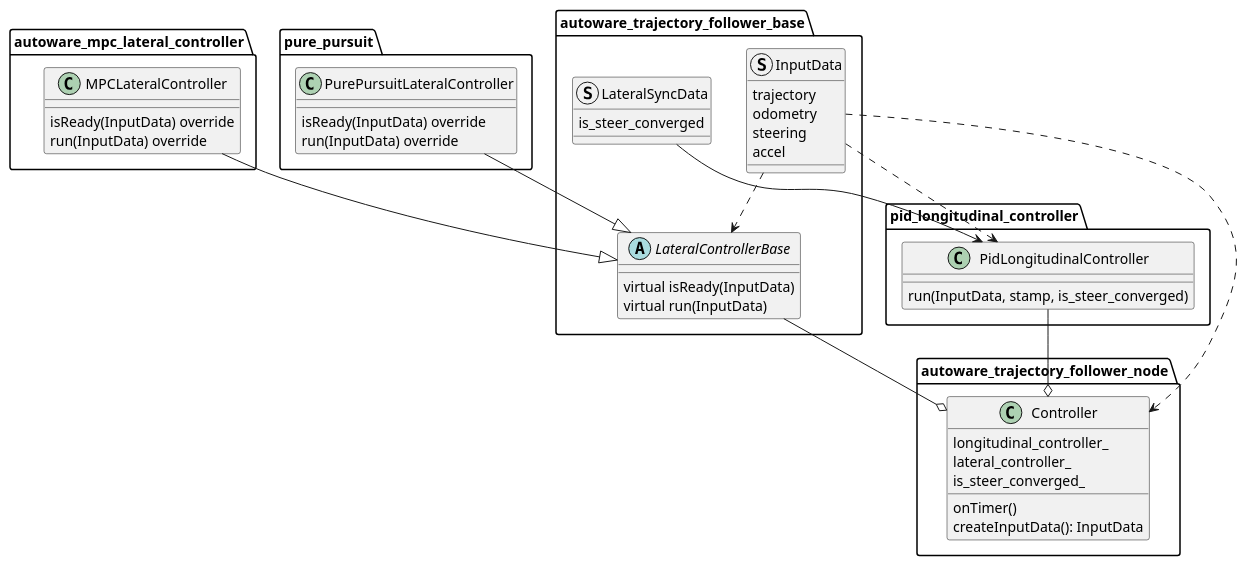
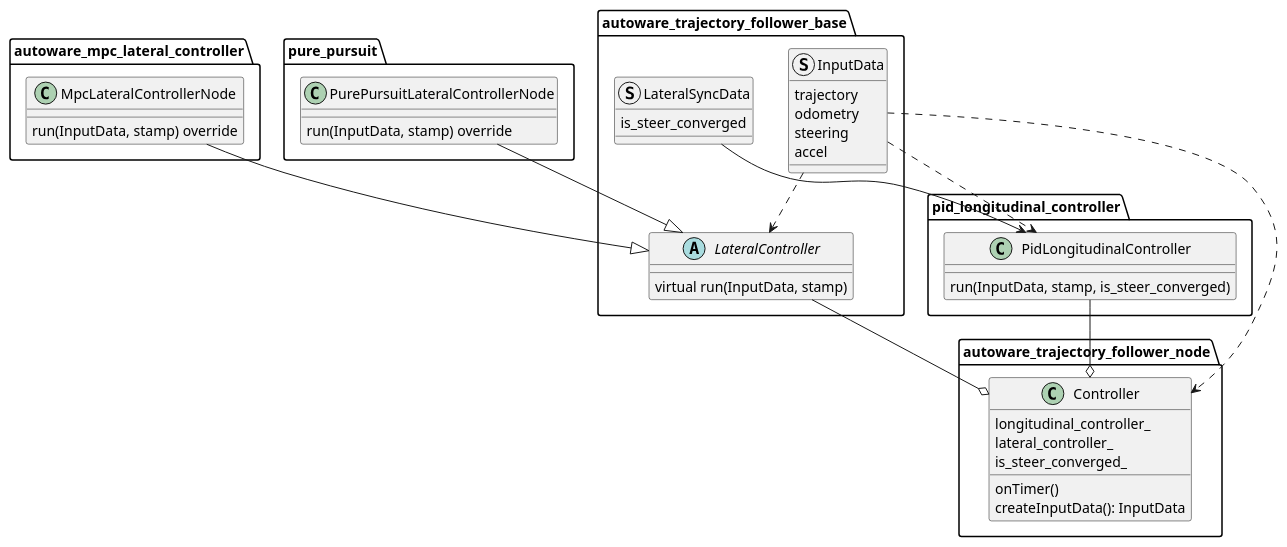
The diagram in control/autoware_trajectory_follower_node/README.md (interimadd/autoware_universe), drawn with PlantUML before and after one commit. The commit also changed other lines of this file and 1 other file, not shown here.

Commit message:
docs(autoware_trajectory_follower_base): describe the one-function lateral interface
The READMEs still showed isReady() and LateralControllerBase.

````diff
--- a/control/autoware_trajectory_follower_node/README.md
+++ b/control/autoware_trajectory_follower_node/README.md
@@ -13,59 +13,56 @@
 ```plantuml
 @startuml
 package autoware_trajectory_follower_base {
-abstract class LateralControllerBase {
-virtual isReady(InputData)
-virtual run(InputData)
+abstract class LateralController {
+virtual run(InputData, stamp)
 }
 
 struct InputData {
 trajectory
 odometry
 steering
 accel
 }
 struct LateralSyncData {
 is_steer_converged
 }
 }
 
 package autoware_mpc_lateral_controller {
-class MPCLateralController {
-isReady(InputData) override
-run(InputData) override
+class MpcLateralControllerNode {
+run(InputData, stamp) override
 }
 }
 package pure_pursuit {
-class PurePursuitLateralController {
-isReady(InputData) override
-run(InputData) override
+class PurePursuitLateralControllerNode {
+run(InputData, stamp) override
 }
 }
 package pid_longitudinal_controller {
 class PidLongitudinalController {
 run(InputData, stamp, is_steer_converged)
 }
 }
 
 package autoware_trajectory_follower_node {
 class Controller {
 longitudinal_controller_
 lateral_controller_
 is_steer_converged_
 onTimer()
 createInputData(): InputData
 }
 }
 
-MPCLateralController --|> LateralControllerBase
-PurePursuitLateralController --|> LateralControllerBase
+MpcLateralControllerNode --|> LateralController
+PurePursuitLateralControllerNode --|> LateralController
 
 LateralSyncData --> PidLongitudinalController
-InputData ..> LateralControllerBase
+InputData ..> LateralController
 InputData ..> PidLongitudinalController
 
-LateralControllerBase --o Controller
+LateralController --o Controller
 PidLongitudinalController --o Controller
 InputData ..> Controller
 @enduml
 ```
````
